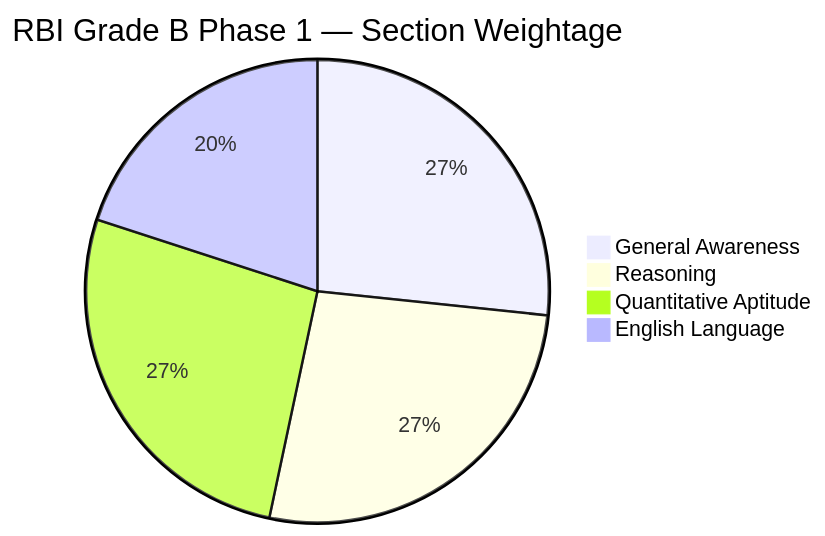
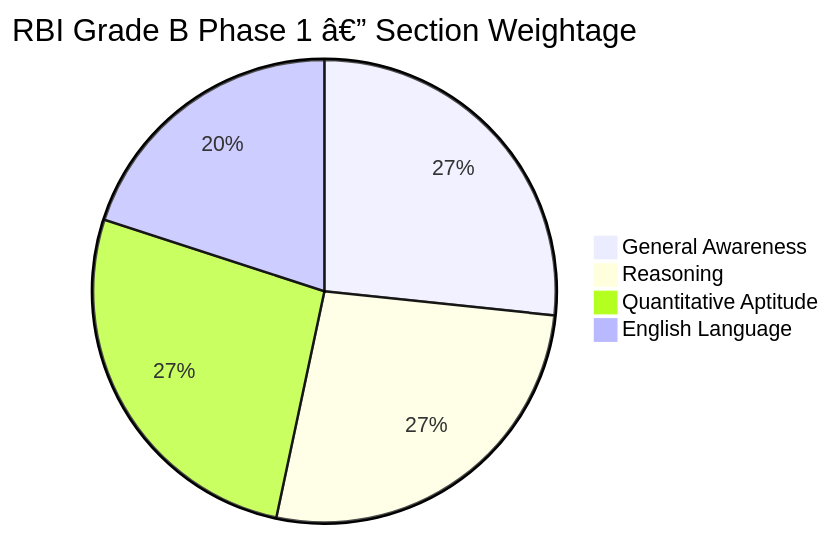
Before and after one commit to Raushan666java/ai-engineering-journey: the diagram in docs/courses/mock-tests/04-rbi-grade-b.md, drawn with Mermaid. The commit also changed other lines of this file and 735 other files, not shown here.

````diff
--- a/docs/courses/mock-tests/04-rbi-grade-b.md
+++ b/docs/courses/mock-tests/04-rbi-grade-b.md
@@ -41,7 +41,7 @@
 ```mermaid
-pie title RBI Grade B Phase 1 — Section Weightage
+pie title RBI Grade B Phase 1 â€” Section Weightage
     "General Awareness" : 40
     "Reasoning" : 40
     "Quantitative Aptitude" : 40
     "English Language" : 30
 ```
````
